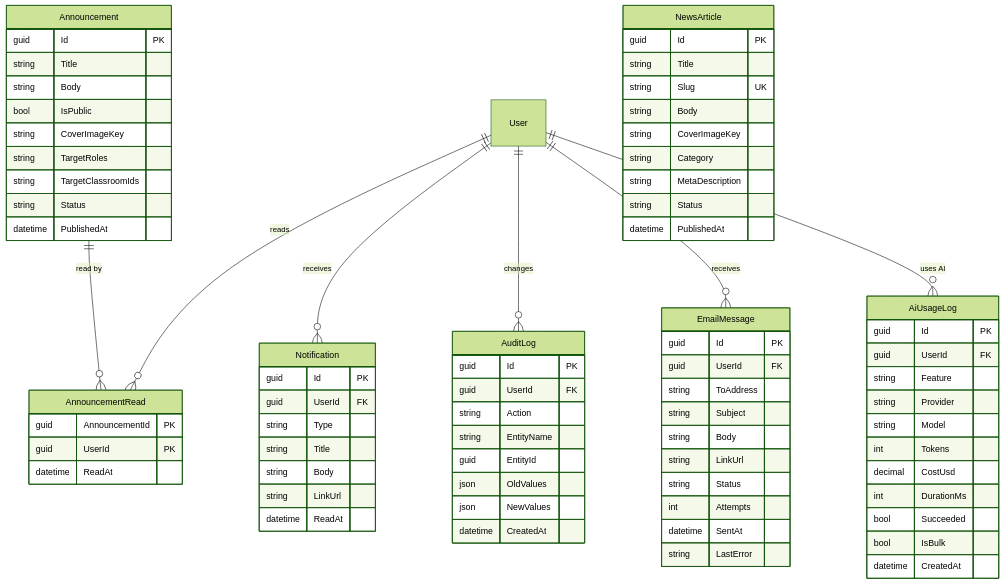
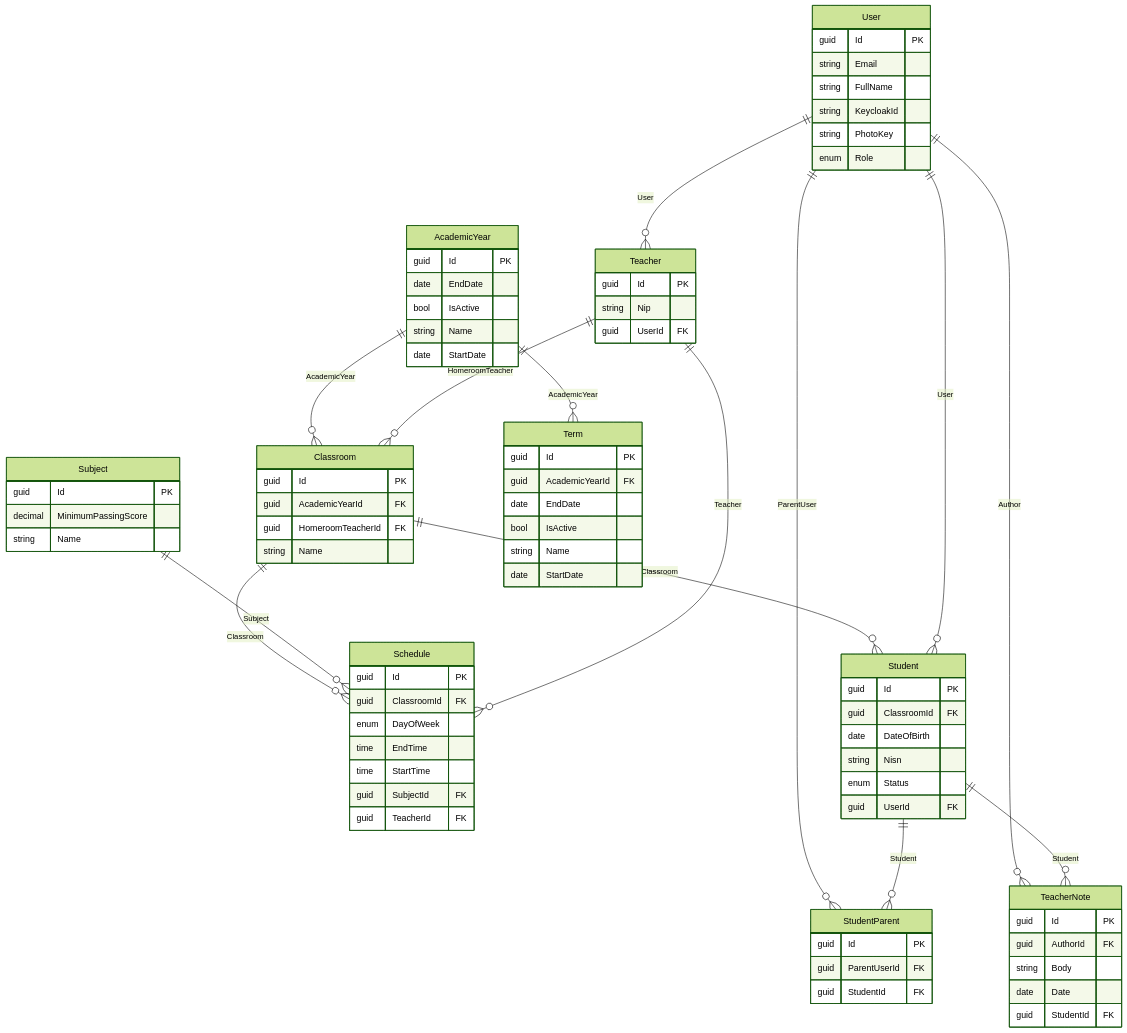
Before and after one commit to ridhwanhabib18/schomans: diagram 11 of 13 in docs/en/system-design.md, drawn with Mermaid (forest theme). The commit also changed other lines of this file and 11 other files, not shown here.

First line of the commit message:
feat(docs): generate the ERD, API reference, authorization matrix, jobs and events from the code

````diff
--- a/docs/en/system-design.md
+++ b/docs/en/system-design.md
@@ -486,82 +525,84 @@
 ```mermaid
-%% Source: diagrams/erd.mmd (news, announcements, notifications, audit & AI)
 erDiagram
-  Announcement ||--o{ AnnouncementRead : "read by"
-  User ||--o{ AnnouncementRead : "reads"
-  User ||--o{ Notification : "receives"
-  User ||--o{ AuditLog : "changes"
-  User ||--o{ EmailMessage : "receives"
-  User ||--o{ AiUsageLog : "uses AI"
-
-  NewsArticle {
+  AcademicYear ||--o{ Classroom : "AcademicYear"
+  Teacher ||--o{ Classroom : "HomeroomTeacher"
+  Classroom ||--o{ Schedule : "Classroom"
+  Subject ||--o{ Schedule : "Subject"
+  Teacher ||--o{ Schedule : "Teacher"
+  Classroom ||--o{ Student : "Classroom"
+  User ||--o{ Student : "User"
+  User ||--o{ StudentParent : "ParentUser"
+  Student ||--o{ StudentParent : "Student"
+  User ||--o{ Teacher : "User"
+  User ||--o{ TeacherNote : "Author"
+  Student ||--o{ TeacherNote : "Student"
+  AcademicYear ||--o{ Term : "AcademicYear"
+  AcademicYear {
     guid Id PK
-    string Title
-    string Slug UK
+    date EndDate
+    bool IsActive
+    string Name
+    date StartDate
+  }
+  Classroom {
+    guid Id PK
+    guid AcademicYearId FK
+    guid HomeroomTeacherId FK
+    string Name
+  }
+  Schedule {
+    guid Id PK
+    guid ClassroomId FK
+    enum DayOfWeek
+    time EndTime
+    time StartTime
+    guid SubjectId FK
+    guid TeacherId FK
+  }
+  Student {
+    guid Id PK
+    guid ClassroomId FK
+    date DateOfBirth
+    string Nisn
+    enum Status
+    guid UserId FK
+  }
+  StudentParent {
+    guid Id PK
+    guid ParentUserId FK
+    guid StudentId FK
+  }
+  Subject {
+    guid Id PK
+    decimal MinimumPassingScore
+    string Name
+  }
+  Teacher {
+    guid Id PK
+    string Nip
+    guid UserId FK
+  }
+  TeacherNote {
+    guid Id PK
+    guid AuthorId FK
     string Body
-    string CoverImageKey
-    string Category
-    string MetaDescription
-    string Status
-    datetime PublishedAt
+    date Date
+    guid StudentId FK
   }
-  Announcement {
+  Term {
     guid Id PK
-    string Title
-    string Body
-    bool IsPublic
-    string CoverImageKey
-    string TargetRoles
-    string TargetClassroomIds
-    string Status
-    datetime PublishedAt
+    guid AcademicYearId FK
+    date EndDate
+    bool IsActive
+    string Name
+    date StartDate
   }
-  AnnouncementRead {
-    guid AnnouncementId PK
-    guid UserId PK
-    datetime ReadAt
-  }
-  Notification {
+  User {
     guid Id PK
-    guid UserId FK
-    string Type
-    string Title
-    string Body
-    string LinkUrl
-    datetime ReadAt
-  }
-  AuditLog {
-    guid Id PK
-    guid UserId FK
-    string Action
-    string EntityName
-    guid EntityId
-    json OldValues
-    json NewValues
-    datetime CreatedAt
-  }
-  EmailMessage {
-    guid Id PK
-    guid UserId FK
-    string ToAddress
-    string Subject
-    string Body
-    string LinkUrl
-    string Status
-    int Attempts
-    datetime SentAt
-    string LastError
-  }
-  AiUsageLog {
-    guid Id PK
-    guid UserId FK
-    string Feature
-    string Provider
-    string Model
-    int Tokens
-    decimal CostUsd
-    int DurationMs
-    bool Succeeded
-    bool IsBulk
-    datetime CreatedAt
+    string Email
+    string FullName
+    string KeycloakId
+    string PhotoKey
+    enum Role
   }
 ```
````
